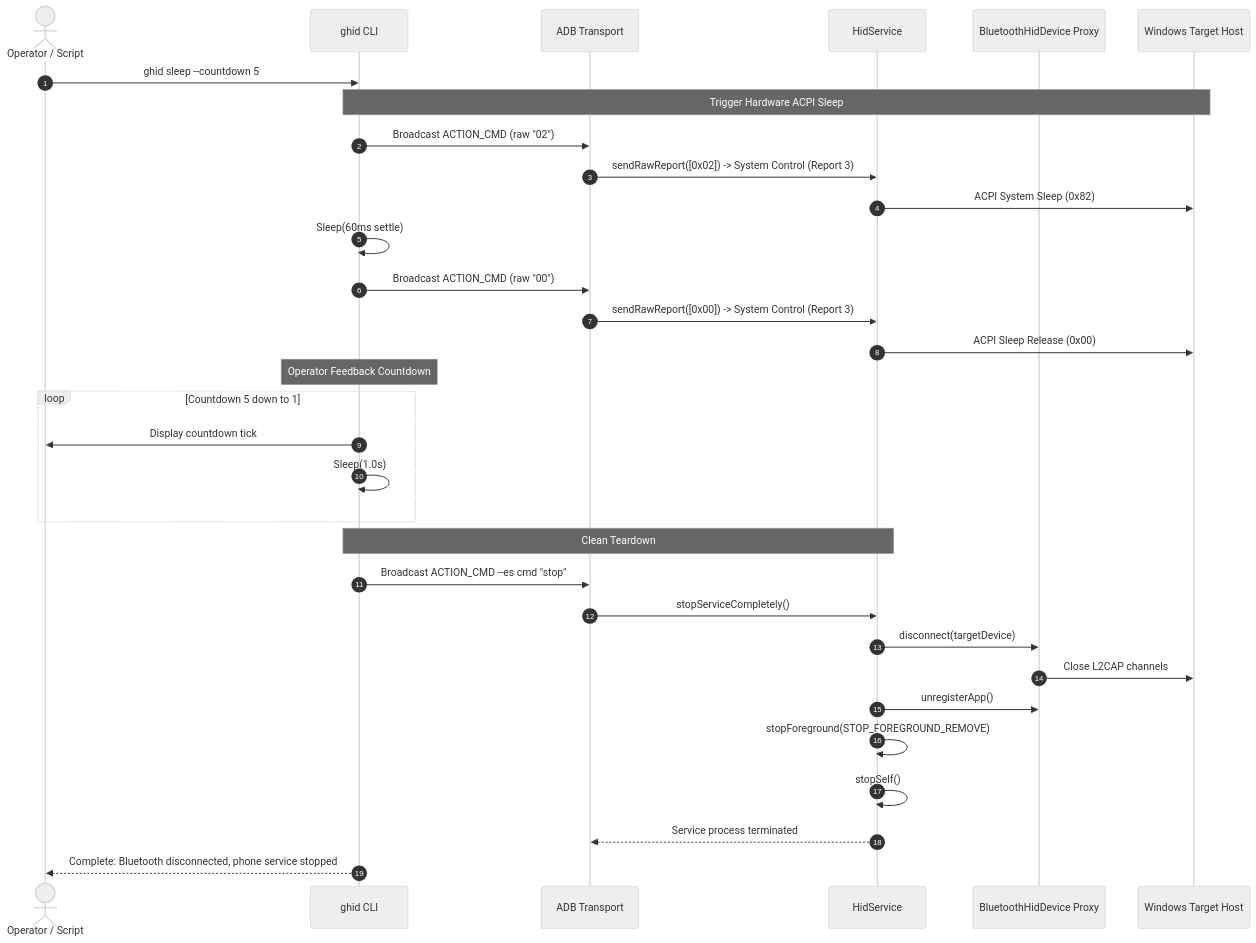
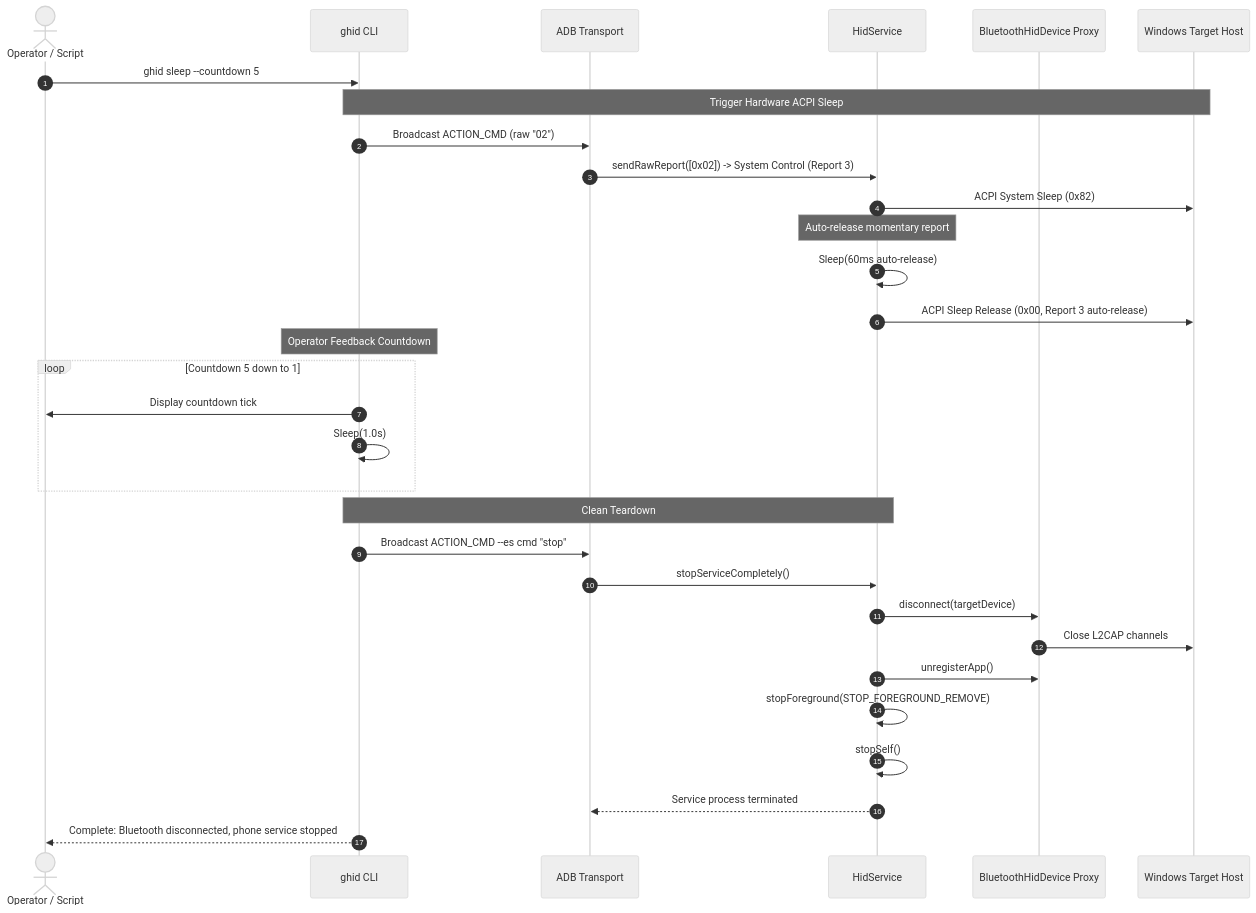
The fourth of 8 diagrams in docs/flows.md (ShubhamJ010/ghid-cli), drawn with Mermaid (neutral theme) before and after one commit. The commit also changed other lines of this file and 12 other files, not shown here.

Commit message:
fix(ui,docs): replace legacy scheme syntax with unified bracket dsl and document auto-release

````diff
--- a/docs/flows.md
+++ b/docs/flows.md
@@ -183,38 +189,37 @@
 ```mermaid
 sequenceDiagram
     autonumber
     actor Operator as Operator / Script
     participant CLI as ghid CLI
     participant ADB as ADB Transport
     participant Service as HidService
     participant BTDaemon as BluetoothHidDevice Proxy
     participant Target as Windows Target Host
 
     Operator->>CLI: ghid sleep --countdown 5
     
     Note over CLI,Target: Trigger Hardware ACPI Sleep
     CLI->>ADB: Broadcast ACTION_CMD (raw "02")
     ADB->>Service: sendRawReport([0x02]) -> System Control (Report 3)
     Service->>Target: ACPI System Sleep (0x82)
-    CLI->>CLI: Sleep(60ms settle)
-    CLI->>ADB: Broadcast ACTION_CMD (raw "00")
-    ADB->>Service: sendRawReport([0x00]) -> System Control (Report 3)
-    Service->>Target: ACPI Sleep Release (0x00)
+    Note over Service: Auto-release momentary report
+    Service->>Service: Sleep(60ms auto-release)
+    Service->>Target: ACPI Sleep Release (0x00, Report 3 auto-release)
     
     Note over CLI: Operator Feedback Countdown
     loop Countdown 5 down to 1
         CLI->>Operator: Display countdown tick
         CLI->>CLI: Sleep(1.0s)
     end
 
     Note over CLI,Service: Clean Teardown
     CLI->>ADB: Broadcast ACTION_CMD --es cmd "stop"
     ADB->>Service: stopServiceCompletely()
     Service->>BTDaemon: disconnect(targetDevice)
     BTDaemon->>Target: Close L2CAP channels
     Service->>BTDaemon: unregisterApp()
     Service->>Service: stopForeground(STOP_FOREGROUND_REMOVE)
     Service->>Service: stopSelf()
     Service-->>ADB: Service process terminated
     CLI-->>Operator: Complete: Bluetooth disconnected, phone service stopped
 ```
````
